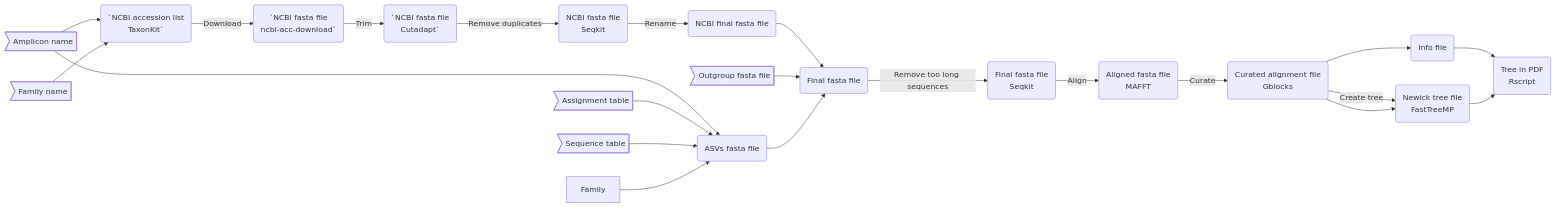
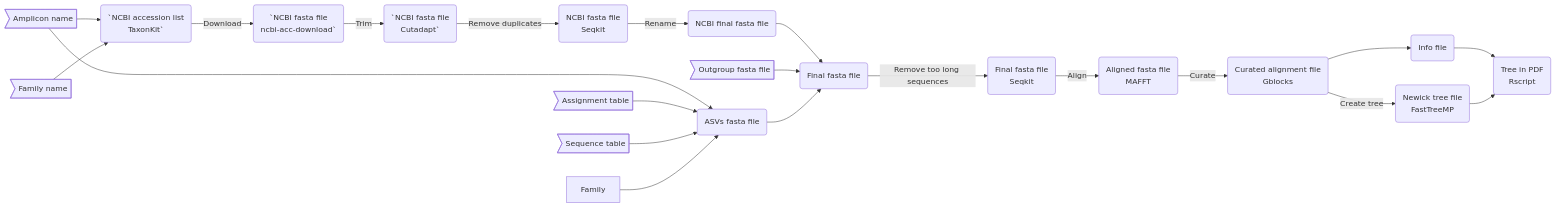
Before and after one commit to Enorya/Phylo-tree_eDNA: the diagram in README.md, drawn with Mermaid.

````diff
--- a/README.md
+++ b/README.md
@@ -24,37 +24,38 @@
 ```mermaid
 flowchart LR
 	amplicon>Amplicon name]
 	family>Family name]
 	Assign>Assignment table]
 	Seq>Sequence table]
 	Out>Outgroup fasta file]
 	step1(`NCBI accession list
 TaxonKit`)
 	step2(`NCBI fasta file
 ncbi-acc-download`)
 	step3(`NCBI fasta file
 Cutadapt`)
 	step4(NCBI fasta file
 Seqkit)
 	step5(NCBI final fasta file)
 	step6(ASVs fasta file)
 	step7(Final fasta file)
 	step8(Final fasta file
 Seqkit)
 	step9(Aligned fasta file
 MAFFT)
 	step10(Curated alignment file
 Gblocks)
 	step11(Newick tree file
 FastTreeMP)
 	step12(Info file)
 	step13(Tree in PDF
 Rscript)
 
 	amplicon --> step1 -->|Download| step2 -->|Trim| step3 -->|Remove duplicates| step4 -->|Rename| step5
 	family --> step1
 	amplicon & Assign & Seq & Family --> step6
 	step5 & Out & step6 --> step7 -->|Remove too long sequences| step8 -->|Align| step9 -->|Curate| step10 -->|Create tree| step11
-	step10 --> step12 & step11 --> step13
+	step10 --> step12 --> step13
+	step11 --> step13
 
 ```
````
